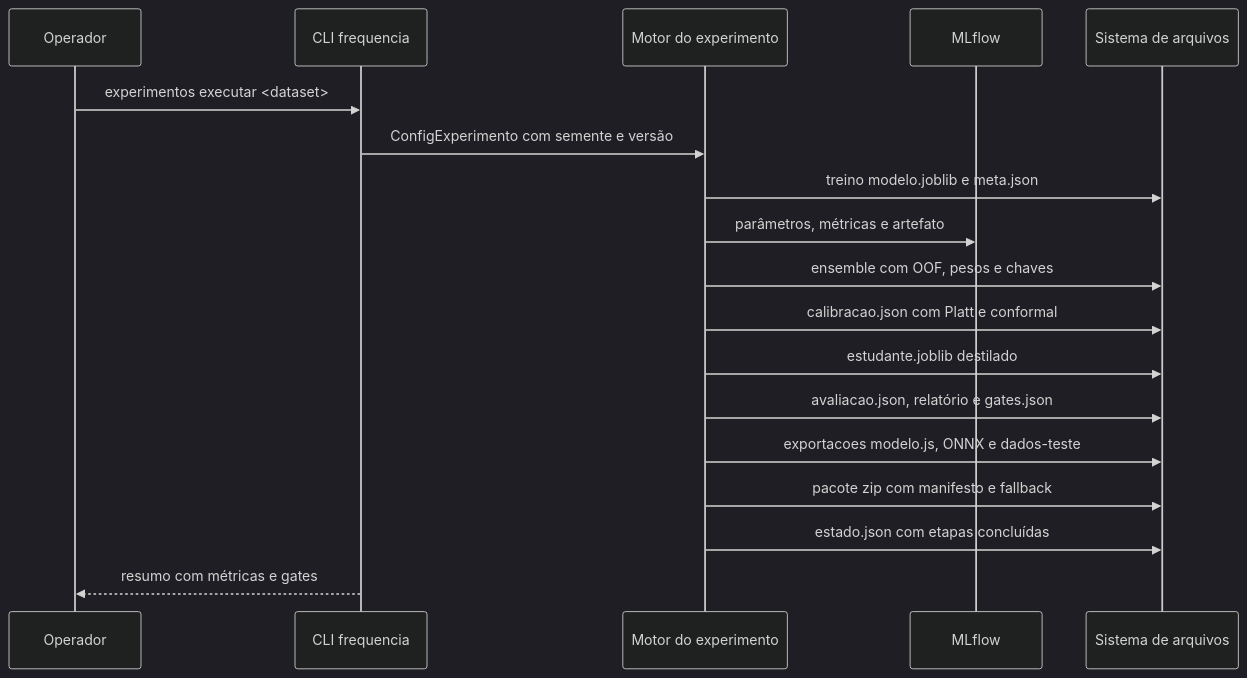
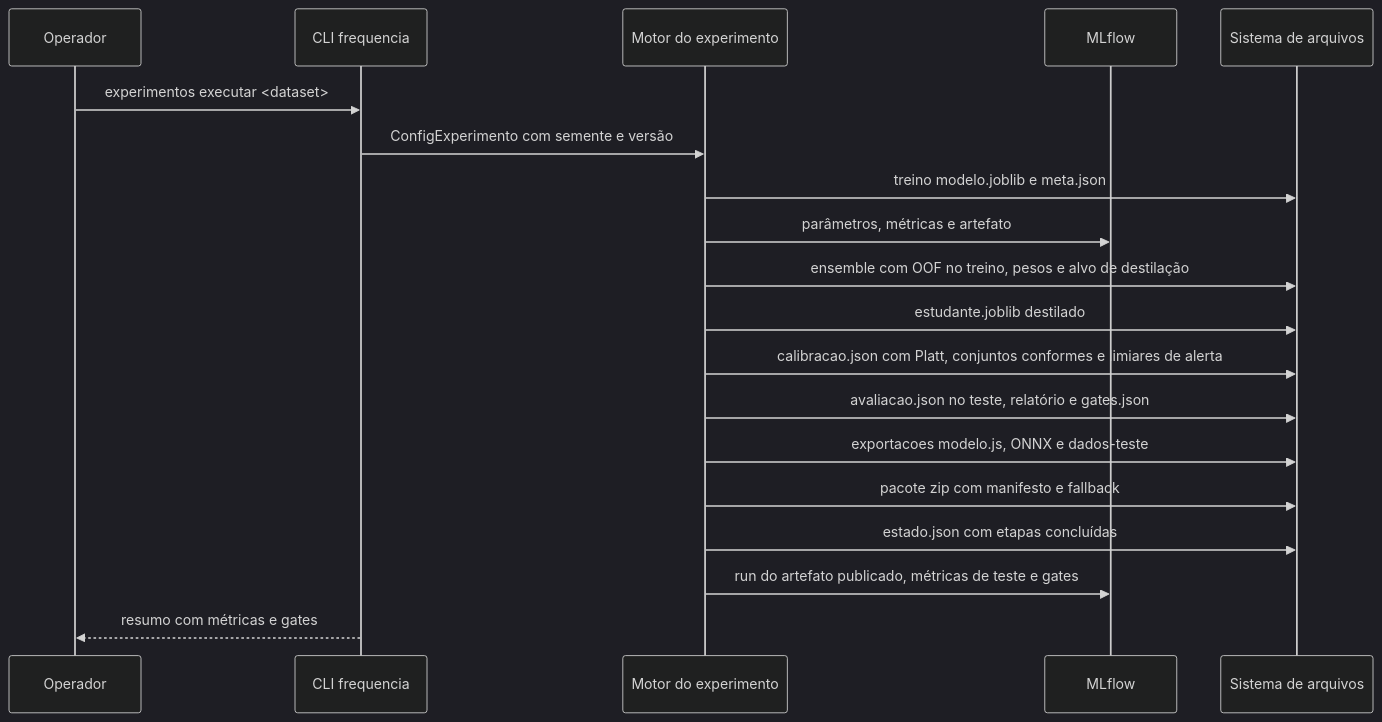
Before and after one commit to eemtijca/frequencia: the second of 2 diagrams in docs/arquitetura.md, drawn with Mermaid (dark theme). The commit also changed other lines of this file and 59 other files, not shown here.

First line of the commit message:
fix(pipelines)!: calibra fora da amostra, publica conjuntos conformes e mede no teste (#10)

````diff
--- a/docs/arquitetura.md
+++ b/docs/arquitetura.md
@@ -51,20 +51,21 @@
 ```mermaid
 sequenceDiagram
   participant O as Operador
   participant CLI as CLI frequencia
   participant E as Motor do experimento
   participant M as MLflow
   participant F as Sistema de arquivos
   O->>CLI: experimentos executar <dataset>
   CLI->>E: ConfigExperimento com semente e versão
   E->>F: treino modelo.joblib e meta.json
   E->>M: parâmetros, métricas e artefato
-  E->>F: ensemble com OOF, pesos e chaves
-  E->>F: calibracao.json com Platt e conformal
+  E->>F: ensemble com OOF no treino, pesos e alvo de destilação
   E->>F: estudante.joblib destilado
-  E->>F: avaliacao.json, relatório e gates.json
+  E->>F: calibracao.json com Platt, conjuntos conformes e limiares de alerta
+  E->>F: avaliacao.json no teste, relatório e gates.json
   E->>F: exportacoes modelo.js, ONNX e dados-teste
   E->>F: pacote zip com manifesto e fallback
   E->>F: estado.json com etapas concluídas
+  E->>M: run do artefato publicado, métricas de teste e gates
   CLI-->>O: resumo com métricas e gates
 ```
````
